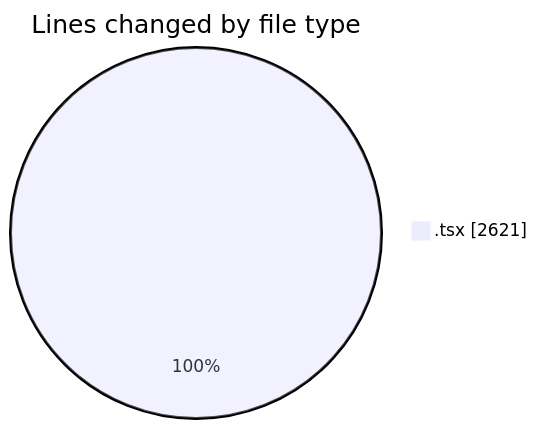
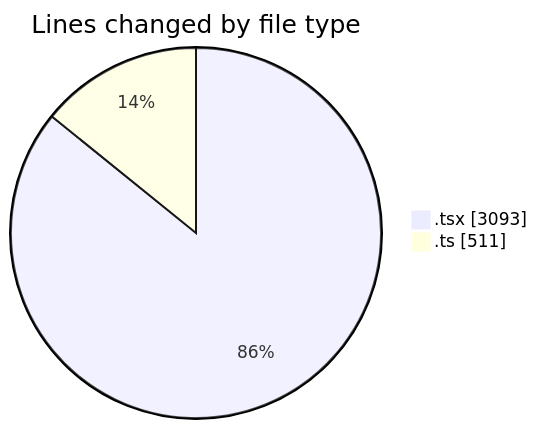
The first of 2 diagrams in 2026-04-23/nxtqube_webapp/README.md (nxtqubesakshisongat/code-tracking), drawn with Mermaid before and after one commit. The commit also changed other lines of this file and 1 other file, not shown here.

````diff
--- a/2026-04-23/nxtqube_webapp/README.md
+++ b/2026-04-23/nxtqube_webapp/README.md
@@ -21,5 +23,6 @@
 ```mermaid
 pie showData
 title Lines changed by file type
-".tsx" : 2621
+".tsx" : 3093
+".ts" : 511
 ```
````
